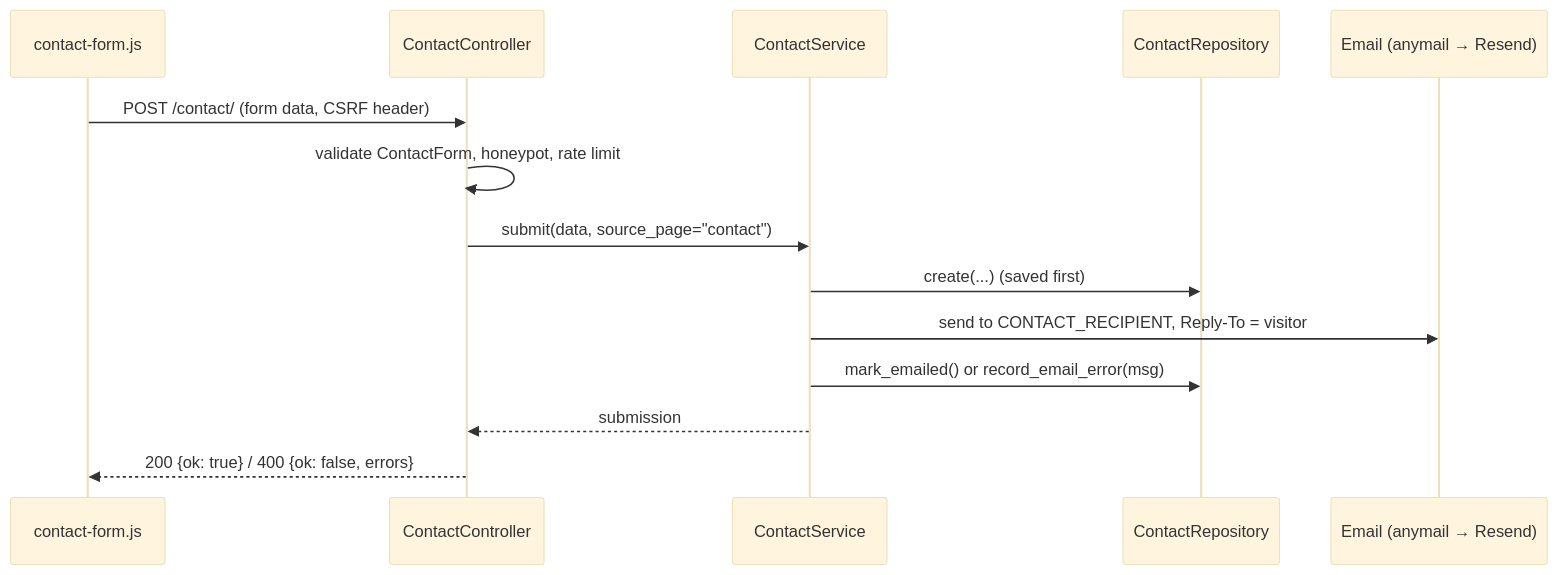
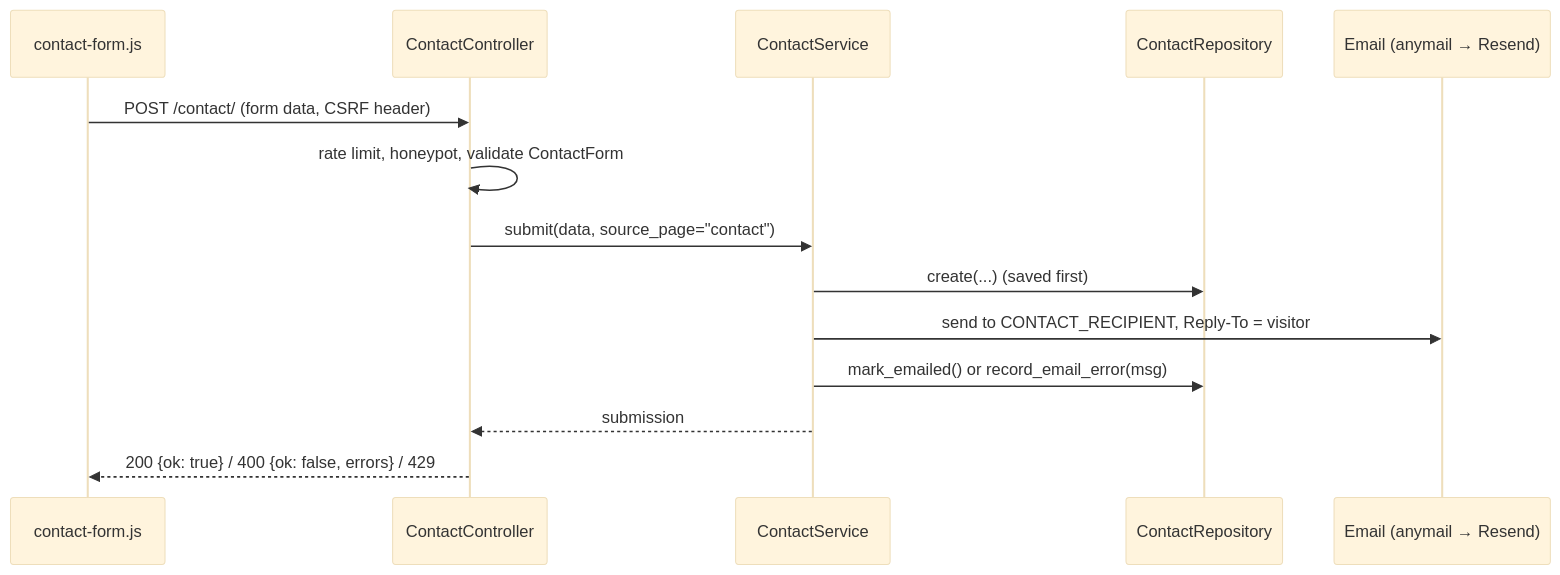
Before and after one commit to nigelchiputura/distinctive-website: the first of 2 diagrams in docs/architecture.md, drawn with Mermaid (base theme). The commit also changed other lines of this file and 49 other files, not shown here.

````diff
--- a/docs/architecture.md
+++ b/docs/architecture.md
@@ -102,16 +103,16 @@
 ```mermaid
 sequenceDiagram
     participant JS as contact-form.js
     participant C as ContactController
     participant S as ContactService
     participant R as ContactRepository
     participant M as Email (anymail → Resend)
     JS->>C: POST /contact/ (form data, CSRF header)
-    C->>C: validate ContactForm, honeypot, rate limit
+    C->>C: rate limit, honeypot, validate ContactForm
     C->>S: submit(data, source_page="contact")
     S->>R: create(...)   (saved first)
     S->>M: send to CONTACT_RECIPIENT, Reply-To = visitor
     S->>R: mark_emailed() or record_email_error(msg)
     S-->>C: submission
-    C-->>JS: 200 {ok: true} / 400 {ok: false, errors}
+    C-->>JS: 200 {ok: true} / 400 {ok: false, errors} / 429
 ```
````
